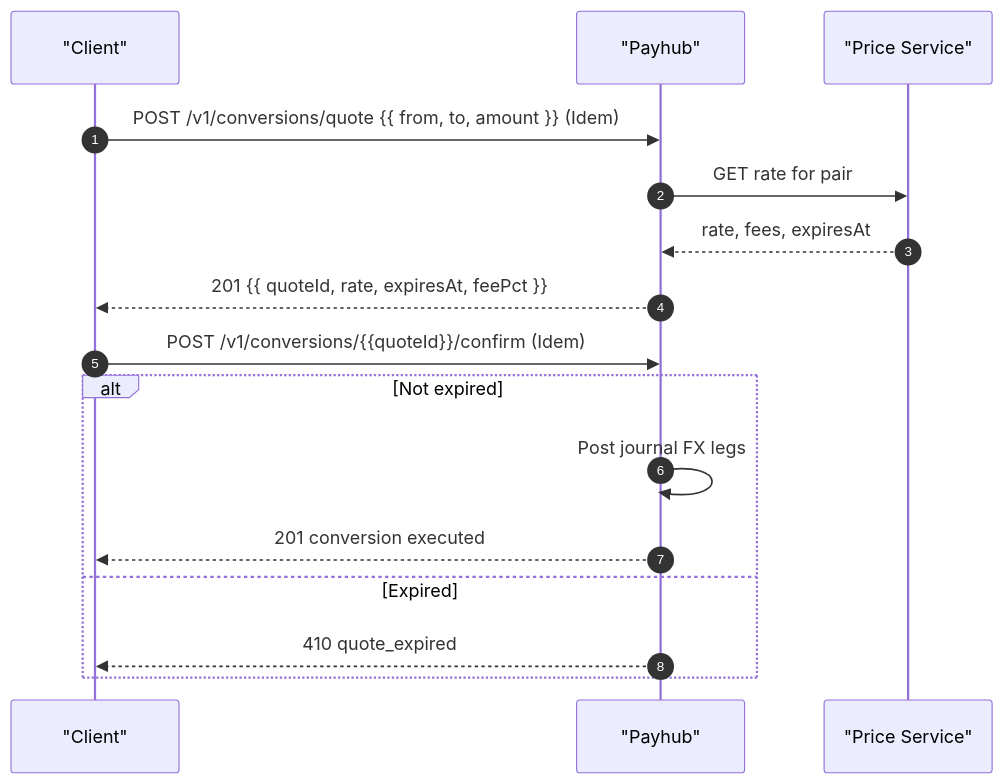
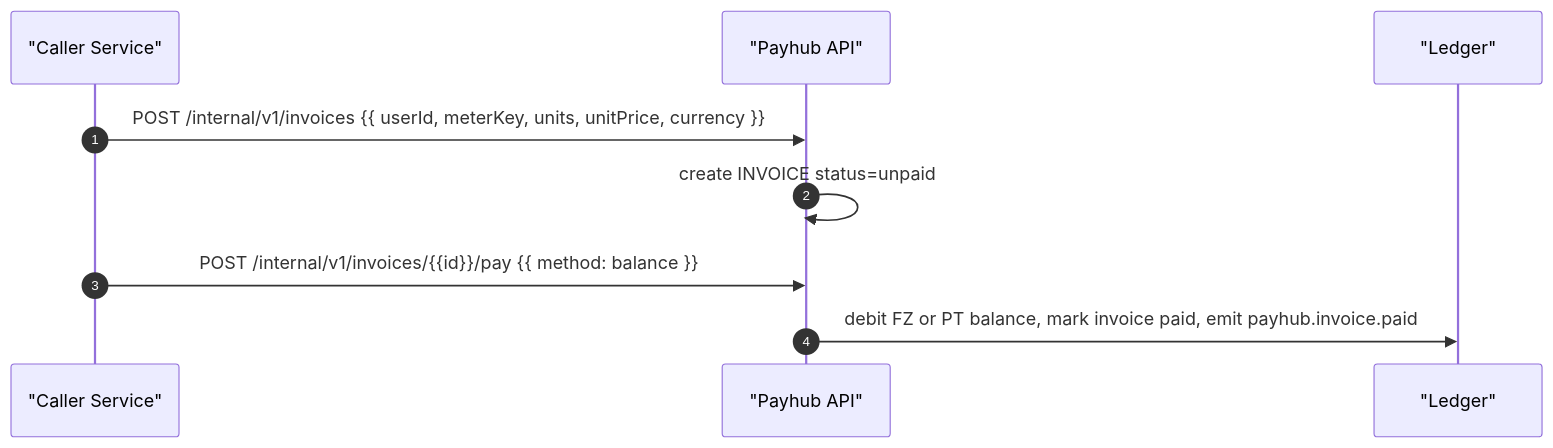
Before and after one commit to bkkac/tg-miniapp-payhub-service: the sixth of 6 diagrams in SystemDesign.md, drawn with Mermaid. The commit also changed other lines of this file, not shown here.

````diff
--- a/SystemDesign.md
+++ b/SystemDesign.md
@@ -491,18 +551,11 @@
 ```mermaid
 sequenceDiagram
   autonumber
-  participant UI as "Client"
-  participant PAY as "Payhub"
-  participant PR as "Price Service"
-  UI->>PAY: POST /v1/conversions/quote {{ from, to, amount }} (Idem)
-  PAY->>PR: GET rate for pair
-  PR-->>PAY: rate, fees, expiresAt
-  PAY-->>UI: 201 {{ quoteId, rate, expiresAt, feePct }}
-  UI->>PAY: POST /v1/conversions/{{quoteId}}/confirm (Idem)
-  alt Not expired
-    PAY->>PAY: Post journal FX legs
-    PAY-->>UI: 201 conversion executed
-  else Expired
-    PAY-->>UI: 410 quote_expired
-  end
+  participant SVC as "Caller Service"
+  participant PH as "Payhub API"
+  participant L as "Ledger"
+  SVC->>PH: POST /internal/v1/invoices {{ userId, meterKey, units, unitPrice, currency }}
+  PH->>PH: create INVOICE status=unpaid
+  SVC->>PH: POST /internal/v1/invoices/{{id}}/pay {{ method: balance }}
+  PH->>L: debit FZ or PT balance, mark invoice paid, emit payhub.invoice.paid
 ```
````
